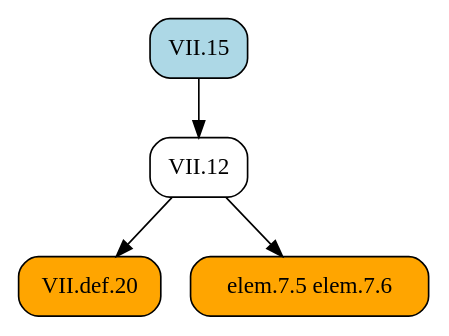
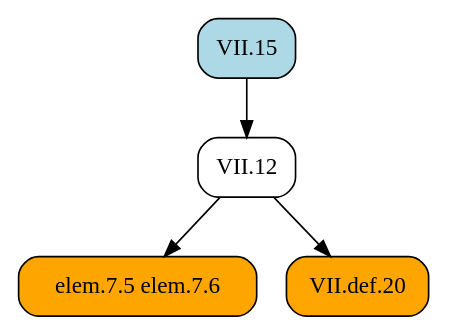
One commit to geometor/elements changed the diagram in docsrc/heath/VII/15/index.rst. Above: the diagram before and after it, drawn with Graphviz. The commit also changed other lines of this file and 1029 other files, not shown here.

```diff
--- a/docsrc/heath/VII/15/index.rst
+++ b/docsrc/heath/VII/15/index.rst
@@ -40,13 +40,13 @@
 .. graphviz::
 
    digraph {
      rankdir="TB";
      node [shape=box, style=rounded];
-     "VII.def.20" [style="rounded,filled", fillcolor=orange, URL="/heath/VII/def.20/", target="_top"];
      "elem.7.5 elem.7.6" [style="rounded,filled", fillcolor=orange];
      "VII.15" [style="rounded,filled", fillcolor=lightblue, URL="/heath/VII/15/", target="_top"];
+     "VII.def.20" [style="rounded,filled", fillcolor=orange, URL="/heath/VII/def.20/", target="_top"];
      "VII.12" [URL="/heath/VII/12/", target="_top"];
+     "VII.12" -> "elem.7.5 elem.7.6";
      "VII.12" -> "VII.def.20";
-     "VII.12" -> "elem.7.5 elem.7.6";
      "VII.15" -> "VII.12";
    }
```
